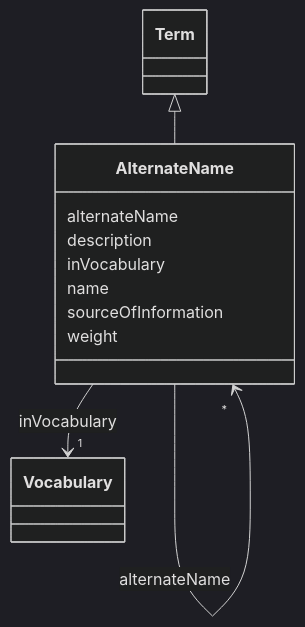
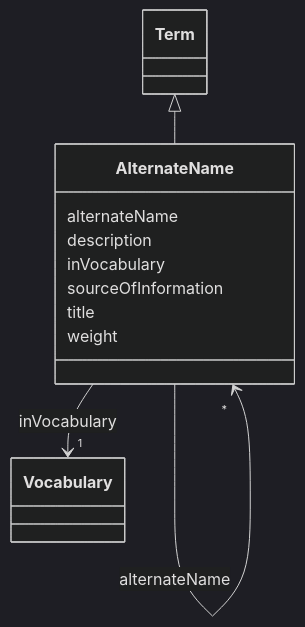
One commit to EVORA-project/evora-ontology changed the diagram in models/docs/AlternateName.md. Above: the diagram before and after it, drawn with Mermaid (dark theme). The commit also changed other lines of this file and 435 other files, not shown here.

````diff
--- a/models/docs/AlternateName.md
+++ b/models/docs/AlternateName.md
@@ -19,35 +19,35 @@
 ```mermaid
  classDiagram
     class AlternateName
     click AlternateName href "../AlternateName"
       Term <|-- AlternateName
         click Term href "../Term"
       
       AlternateName : alternateName
         
           
     
     
     AlternateName --> "*" AlternateName : alternateName
     click AlternateName href "../AlternateName"
 
         
       AlternateName : description
         
       AlternateName : inVocabulary
         
           
     
     
     AlternateName --> "1" Vocabulary : inVocabulary
     click Vocabulary href "../Vocabulary"
 
         
-      AlternateName : name
+      AlternateName : sourceOfInformation
         
-      AlternateName : sourceOfInformation
+      AlternateName : title
         
       AlternateName : weight
         
       
 ```
````
